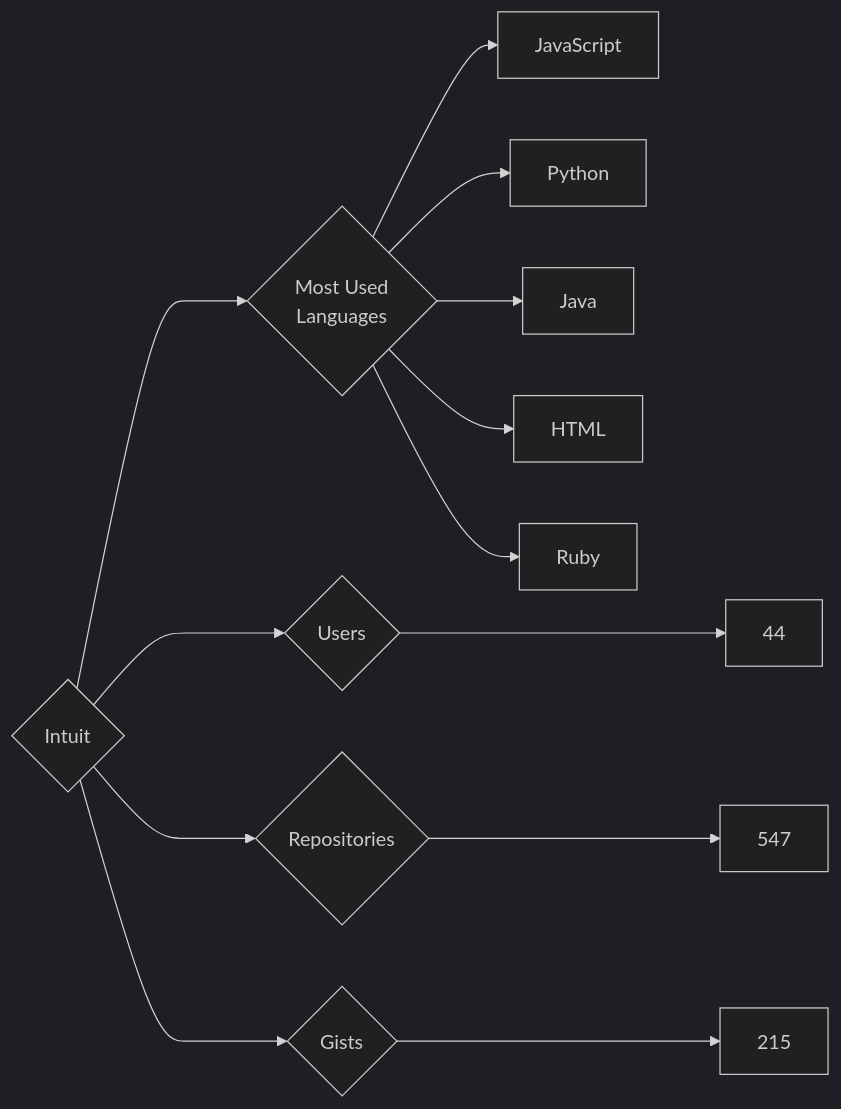
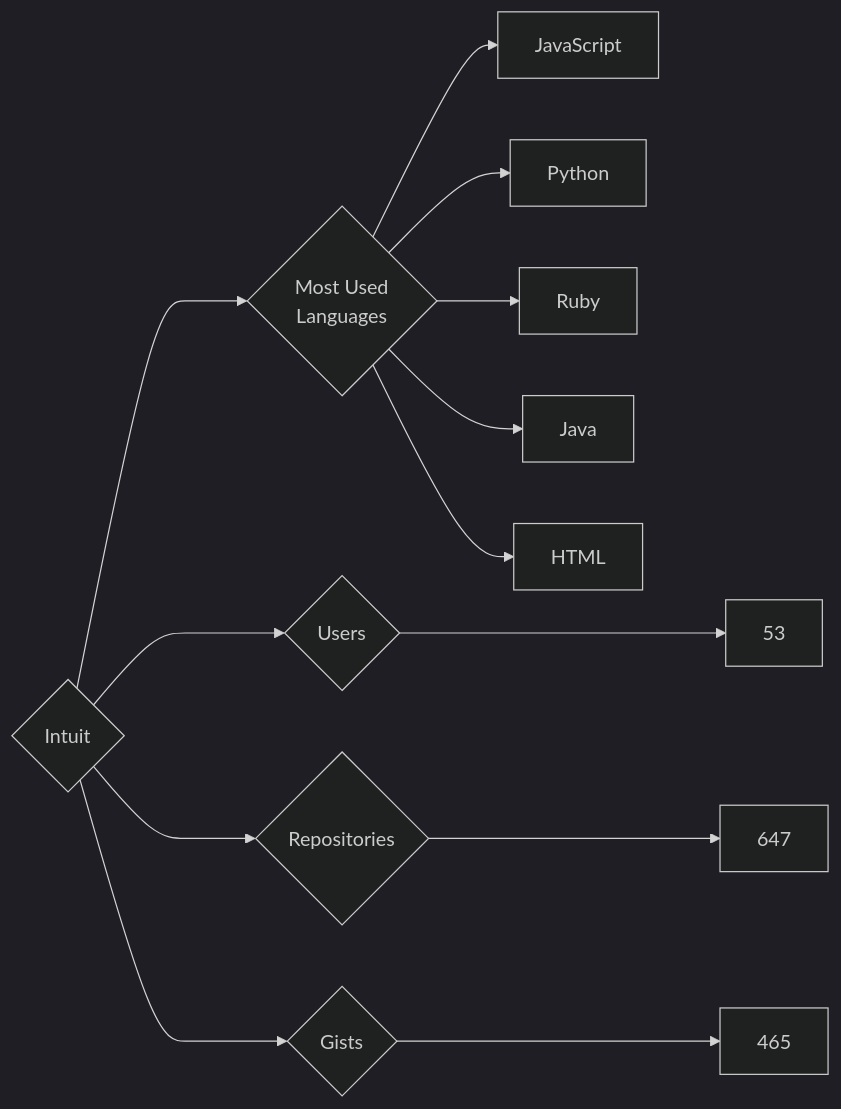
One commit to trickest/insiders changed the diagram in targets/Intuit/README.md. Above: the diagram before and after it, drawn with Mermaid (dark theme). The commit also changed 721 other files, not shown here.

````diff
--- a/targets/Intuit/README.md
+++ b/targets/Intuit/README.md
@@ -3,13 +3,13 @@
 ```mermaid
 graph LR
 COMPANY_NAME{Intuit}
-COMPANY_NAME ---> U{Users} ---> UN[44]
-COMPANY_NAME ---> R{Repositories} ---> RN[547]
-COMPANY_NAME ---> G{Gists} ---> GN[215]
+COMPANY_NAME ---> U{Users} ---> UN[53]
+COMPANY_NAME ---> R{Repositories} ---> RN[647]
+COMPANY_NAME ---> G{Gists} ---> GN[465]
 COMPANY_NAME ---> ML{Most Used<br>Languages}
 ML --> JavaScript[JavaScript]
 ML --> Python[Python]
+ML --> Ruby[Ruby]
 ML --> Java[Java]
 ML --> HTML[HTML]
-ML --> Ruby[Ruby]
 ```
````
